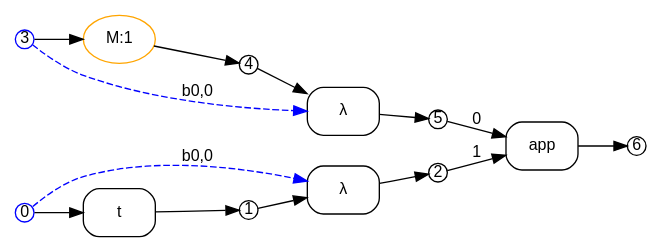
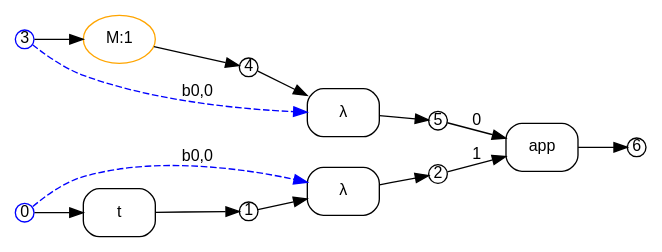
One commit to ammatsui/bhypvis changed the diagram in crates/bhyp/images/test_example_beta_rule_instance_v_to_lambda_x_tx/instantiated_rule_span_left.dot. Above: the diagram before and after it, drawn with Graphviz. The commit also changed other lines of this file and 820 other files, not shown here.

Commit message:
remove reduncancies in architecture design

```diff
--- a/crates/bhyp/images/test_example_beta_rule_instance_v_to_lambda_x_tx/instantiated_rule_span_left.dot
+++ b/crates/bhyp/images/test_example_beta_rule_instance_v_to_lambda_x_tx/instantiated_rule_span_left.dot
@@ -1,40 +1,40 @@
 digraph instantiated_rule_span_left {
   fontname="Helvetica"
   fontsize=12
   rankdir=LR;
   node [fontname="Helvetica", fontsize=12];
   edge [fontname="Helvetica", fontsize=12];
 
   // Nodes
-  n1 [label="1", shape=circle, style=filled, fillcolor=white, color="black", width=0.2, height=0.2, fixedsize=true];
+  n3 [label="3", shape=circle, style=filled, fillcolor=white, color="blue", width=0.2, height=0.2, fixedsize=true];
   n2 [label="2", shape=circle, style=filled, fillcolor=white, color="black", width=0.2, height=0.2, fixedsize=true];
   n4 [label="4", shape=circle, style=filled, fillcolor=white, color="black", width=0.2, height=0.2, fixedsize=true];
-  n3 [label="3", shape=circle, style=filled, fillcolor=white, color="blue", width=0.2, height=0.2, fixedsize=true];
   n0 [label="0", shape=circle, style=filled, fillcolor=white, color="blue", width=0.2, height=0.2, fixedsize=true];
   n6 [label="6", shape=circle, style=filled, fillcolor=white, color="black", width=0.2, height=0.2, fixedsize=true];
+  n1 [label="1", shape=circle, style=filled, fillcolor=white, color="black", width=0.2, height=0.2, fixedsize=true];
   n5 [label="5", shape=circle, style=filled, fillcolor=white, color="black", width=0.2, height=0.2, fixedsize=true];
 
   // Hyperedges
-  e4 [label="app", shape=box, style=rounded, color="black"];
   e2 [label="M:1", shape=ellipse, style=rounded, color="orange"];
   e1 [label="λ", shape=box, style=rounded, color="black"];
+  e3 [label="λ", shape=box, style=rounded, color="black"];
+  e4 [label="app", shape=box, style=rounded, color="black"];
   e0 [label="t", shape=box, style=rounded, color="black"];
-  e3 [label="λ", shape=box, style=rounded, color="black"];
 
   // Source connections
-  n5 -> e4 [label="0"];
-  n2 -> e4 [label="1"];
   n3 -> e2 [label=""];
   n1 -> e1 [label=""];
   n0 -> e1 [style=dashed, color="blue", constraint=false, label="b0,0"];
-  n0 -> e0 [label=""];
   n4 -> e3 [label=""];
   n3 -> e3 [style=dashed, color="blue", constraint=false, label="b0,0"];
+  n5 -> e4 [label="0"];
+  n2 -> e4 [label="1"];
+  n0 -> e0 [label=""];
 
   // Target connections
-  e4 -> n6 [label=""];
   e2 -> n4 [label=""];
   e1 -> n2 [label=""];
+  e3 -> n5 [label=""];
+  e4 -> n6 [label=""];
   e0 -> n1 [label=""];
-  e3 -> n5 [label=""];
 }
```
